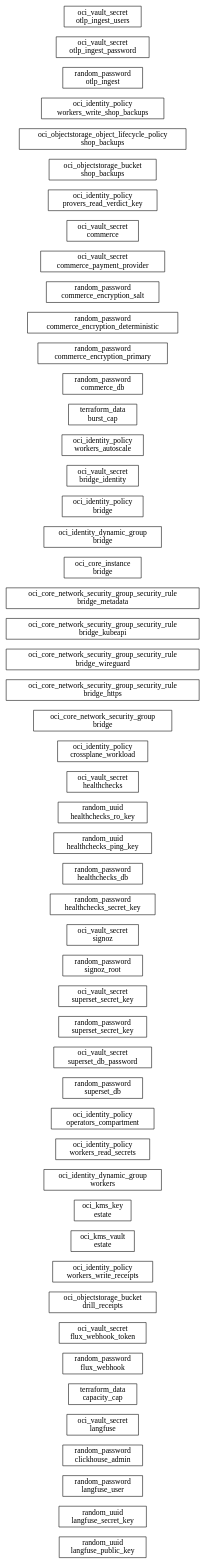
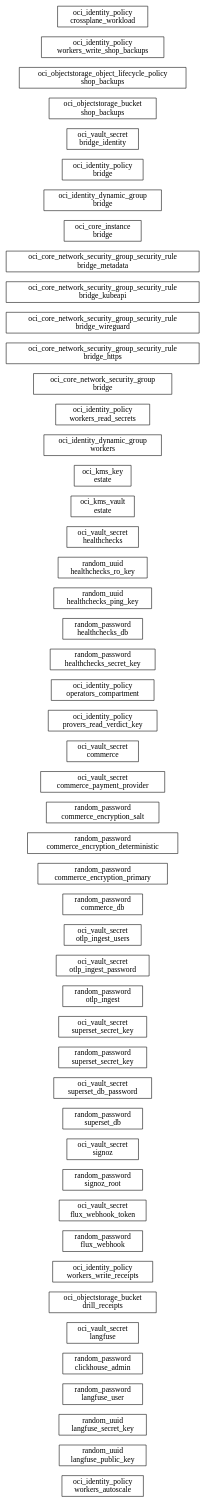
The diagram in docs/diagrams/estate-dag.dot (chidionyema/idp), drawn with Graphviz before and after one commit. The commit also changed 147 other files, not shown here.

```diff
--- a/docs/diagrams/estate-dag.dot
+++ b/docs/diagrams/estate-dag.dot
@@ -1,55 +1,53 @@
 digraph {
   rankdir=LR;
   node [shape=box];
+  "oci_identity_policy.workers_autoscale" [label="oci_identity_policy\nworkers_autoscale"];
   "random_uuid.langfuse_public_key" [label="random_uuid\nlangfuse_public_key"];
   "random_uuid.langfuse_secret_key" [label="random_uuid\nlangfuse_secret_key"];
   "random_password.langfuse_user" [label="random_password\nlangfuse_user"];
   "random_password.clickhouse_admin" [label="random_password\nclickhouse_admin"];
   "oci_vault_secret.langfuse" [label="oci_vault_secret\nlangfuse"];
-  "terraform_data.capacity_cap" [label="terraform_data\ncapacity_cap"];
+  "oci_objectstorage_bucket.drill_receipts" [label="oci_objectstorage_bucket\ndrill_receipts"];
+  "oci_identity_policy.workers_write_receipts" [label="oci_identity_policy\nworkers_write_receipts"];
   "random_password.flux_webhook" [label="random_password\nflux_webhook"];
   "oci_vault_secret.flux_webhook_token" [label="oci_vault_secret\nflux_webhook_token"];
-  "oci_objectstorage_bucket.drill_receipts" [label="oci_objectstorage_bucket\ndrill_receipts"];
-  "oci_identity_policy.workers_write_receipts" [label="oci_identity_policy\nworkers_write_receipts"];
-  "oci_kms_vault.estate" [label="oci_kms_vault\nestate"];
-  "oci_kms_key.estate" [label="oci_kms_key\nestate"];
-  "oci_identity_dynamic_group.workers" [label="oci_identity_dynamic_group\nworkers"];
-  "oci_identity_policy.workers_read_secrets" [label="oci_identity_policy\nworkers_read_secrets"];
-  "oci_identity_policy.operators_compartment" [label="oci_identity_policy\noperators_compartment"];
+  "random_password.signoz_root" [label="random_password\nsignoz_root"];
+  "oci_vault_secret.signoz" [label="oci_vault_secret\nsignoz"];
   "random_password.superset_db" [label="random_password\nsuperset_db"];
   "oci_vault_secret.superset_db_password" [label="oci_vault_secret\nsuperset_db_password"];
   "random_password.superset_secret_key" [label="random_password\nsuperset_secret_key"];
   "oci_vault_secret.superset_secret_key" [label="oci_vault_secret\nsuperset_secret_key"];
-  "random_password.signoz_root" [label="random_password\nsignoz_root"];
-  "oci_vault_secret.signoz" [label="oci_vault_secret\nsignoz"];
+  "random_password.otlp_ingest" [label="random_password\notlp_ingest"];
+  "oci_vault_secret.otlp_ingest_password" [label="oci_vault_secret\notlp_ingest_password"];
+  "oci_vault_secret.otlp_ingest_users" [label="oci_vault_secret\notlp_ingest_users"];
+  "random_password.commerce_db" [label="random_password\ncommerce_db"];
+  "random_password.commerce_encryption_primary" [label="random_password\ncommerce_encryption_primary"];
+  "random_password.commerce_encryption_deterministic" [label="random_password\ncommerce_encryption_deterministic"];
+  "random_password.commerce_encryption_salt" [label="random_password\ncommerce_encryption_salt"];
+  "oci_vault_secret.commerce_payment_provider" [label="oci_vault_secret\ncommerce_payment_provider"];
+  "oci_vault_secret.commerce" [label="oci_vault_secret\ncommerce"];
+  "oci_identity_policy.provers_read_verdict_key" [label="oci_identity_policy\nprovers_read_verdict_key"];
+  "oci_identity_policy.operators_compartment" [label="oci_identity_policy\noperators_compartment"];
   "random_password.healthchecks_secret_key" [label="random_password\nhealthchecks_secret_key"];
   "random_password.healthchecks_db" [label="random_password\nhealthchecks_db"];
   "random_uuid.healthchecks_ping_key" [label="random_uuid\nhealthchecks_ping_key"];
   "random_uuid.healthchecks_ro_key" [label="random_uuid\nhealthchecks_ro_key"];
   "oci_vault_secret.healthchecks" [label="oci_vault_secret\nhealthchecks"];
-  "oci_identity_policy.crossplane_workload" [label="oci_identity_policy\ncrossplane_workload"];
+  "oci_kms_vault.estate" [label="oci_kms_vault\nestate"];
+  "oci_kms_key.estate" [label="oci_kms_key\nestate"];
+  "oci_identity_dynamic_group.workers" [label="oci_identity_dynamic_group\nworkers"];
+  "oci_identity_policy.workers_read_secrets" [label="oci_identity_policy\nworkers_read_secrets"];
   "oci_core_network_security_group.bridge" [label="oci_core_network_security_group\nbridge"];
   "oci_core_network_security_group_security_rule.bridge_https" [label="oci_core_network_security_group_security_rule\nbridge_https"];
   "oci_core_network_security_group_security_rule.bridge_wireguard" [label="oci_core_network_security_group_security_rule\nbridge_wireguard"];
   "oci_core_network_security_group_security_rule.bridge_kubeapi" [label="oci_core_network_security_group_security_rule\nbridge_kubeapi"];
   "oci_core_network_security_group_security_rule.bridge_metadata" [label="oci_core_network_security_group_security_rule\nbridge_metadata"];
   "oci_core_instance.bridge" [label="oci_core_instance\nbridge"];
   "oci_identity_dynamic_group.bridge" [label="oci_identity_dynamic_group\nbridge"];
   "oci_identity_policy.bridge" [label="oci_identity_policy\nbridge"];
   "oci_vault_secret.bridge_identity" [label="oci_vault_secret\nbridge_identity"];
-  "oci_identity_policy.workers_autoscale" [label="oci_identity_policy\nworkers_autoscale"];
-  "terraform_data.burst_cap" [label="terraform_data\nburst_cap"];
-  "random_password.commerce_db" [label="random_password\ncommerce_db"];
-  "random_password.commerce_encryption_primary" [label="random_password\ncommerce_encryption_primary"];
-  "random_password.commerce_encryption_deterministic" [label="random_password\ncommerce_encryption_deterministic"];
-  "random_password.commerce_encryption_salt" [label="random_password\ncommerce_encryption_salt"];
-  "oci_vault_secret.commerce_payment_provider" [label="oci_vault_secret\ncommerce_payment_provider"];
-  "oci_vault_secret.commerce" [label="oci_vault_secret\ncommerce"];
-  "oci_identity_policy.provers_read_verdict_key" [label="oci_identity_policy\nprovers_read_verdict_key"];
   "oci_objectstorage_bucket.shop_backups" [label="oci_objectstorage_bucket\nshop_backups"];
   "oci_objectstorage_object_lifecycle_policy.shop_backups" [label="oci_objectstorage_object_lifecycle_policy\nshop_backups"];
   "oci_identity_policy.workers_write_shop_backups" [label="oci_identity_policy\nworkers_write_shop_backups"];
-  "random_password.otlp_ingest" [label="random_password\notlp_ingest"];
-  "oci_vault_secret.otlp_ingest_password" [label="oci_vault_secret\notlp_ingest_password"];
-  "oci_vault_secret.otlp_ingest_users" [label="oci_vault_secret\notlp_ingest_users"];
+  "oci_identity_policy.crossplane_workload" [label="oci_identity_policy\ncrossplane_workload"];
 }
```
